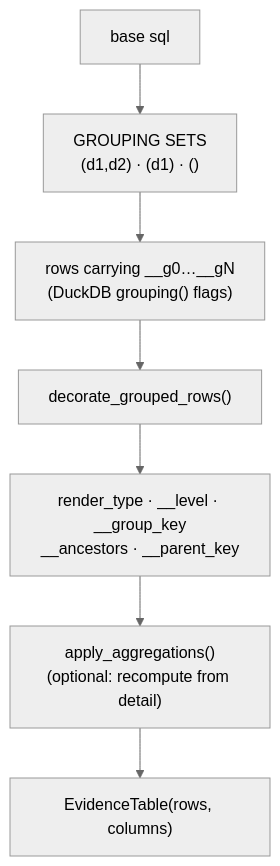
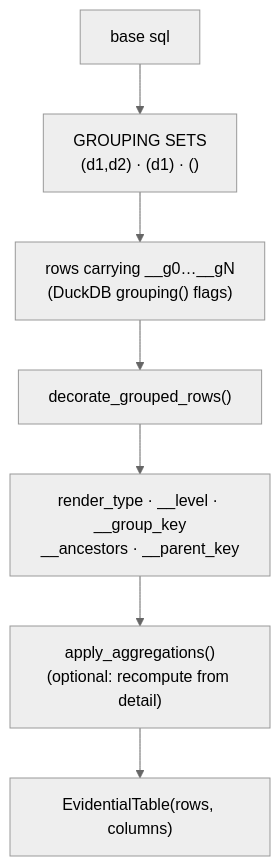
Before and after one commit to edouardp/evidential: the fourth of 11 diagrams in docs/technical-architecture.md, drawn with Mermaid (neutral theme). The commit also changed other lines of this file and 87 other files, not shown here.

````diff
--- a/docs/technical-architecture.md
+++ b/docs/technical-architecture.md
@@ -229,9 +229,9 @@
 ```mermaid
 flowchart TD
   B["base sql"] --> GS["GROUPING SETS<br/>(d1,d2) · (d1) · ()"]
   GS --> GR["rows carrying __g0…__gN<br/>(DuckDB grouping() flags)"]
   GR --> D["decorate_grouped_rows()"]
   D --> M["render_type · __level · __group_key<br/>__ancestors · __parent_key"]
   M --> A["apply_aggregations()<br/>(optional: recompute from detail)"]
-  A --> ET["EvidenceTable(rows, columns)"]
+  A --> ET["EvidentialTable(rows, columns)"]
 ```
````
